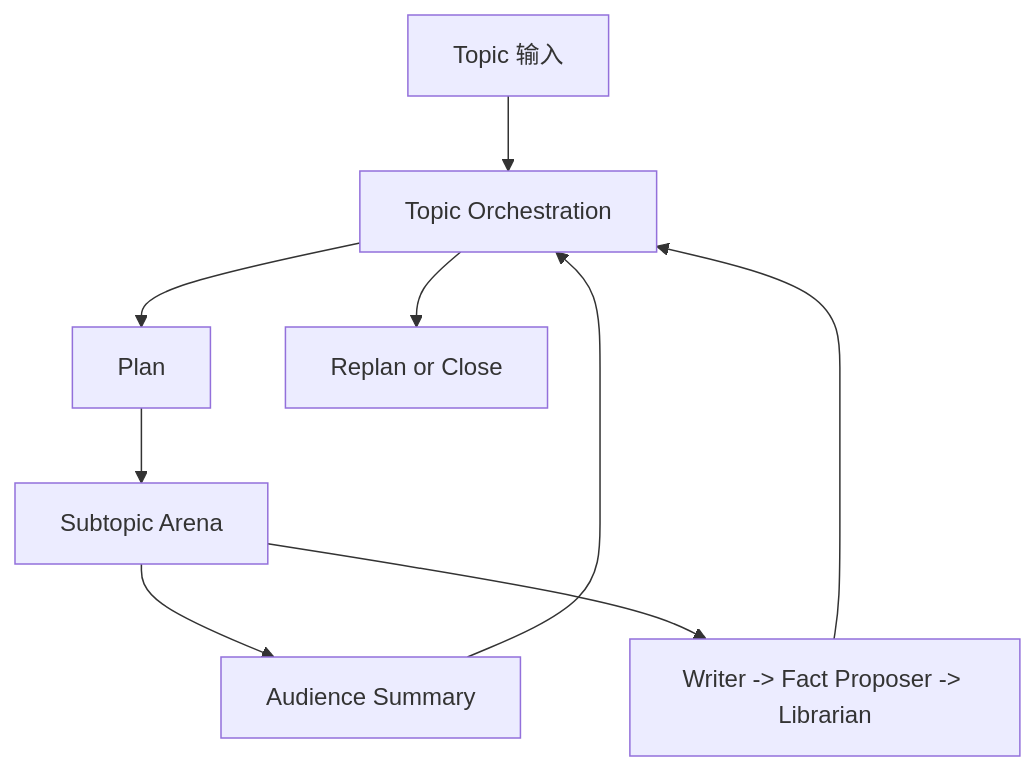
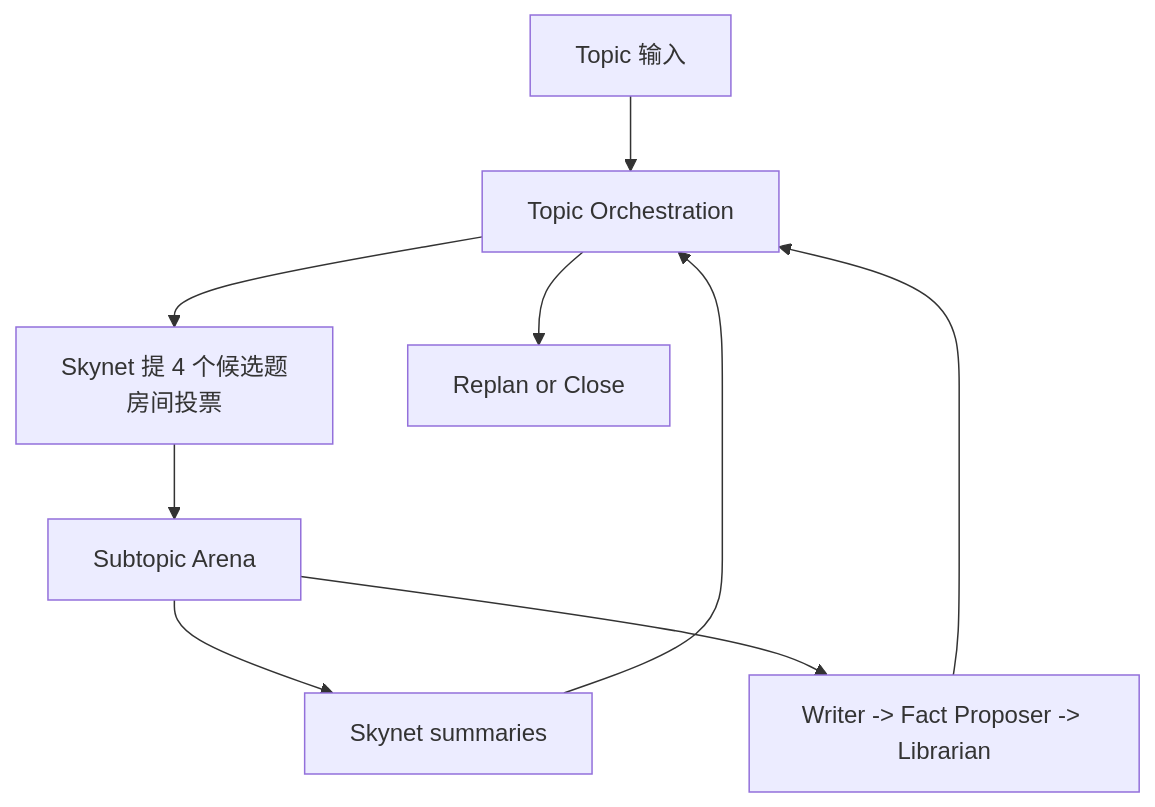
The first of 2 diagrams in README_CN.md (G-R-O-X/Grox_chat), drawn with Mermaid before and after one commit. The commit also changed other lines of this file and 16 other files, not shown here.

````diff
--- a/README_CN.md
+++ b/README_CN.md
@@ -33,11 +37,11 @@
 ```mermaid
 flowchart TD
     User[Topic 输入] --> TopicGraph[Topic Orchestration]
-    TopicGraph --> Plan[Plan]
-    Plan --> Arena[Subtopic Arena]
-    Arena --> Summary[Audience Summary]
+    TopicGraph --> Vote[Skynet 提 4 个候选题<br/>房间投票]
+    Vote --> Arena[Subtopic Arena]
+    Arena --> Summary[Skynet summaries]
     Arena --> Facts[Writer -> Fact Proposer -> Librarian]
     Summary --> TopicGraph
     Facts --> TopicGraph
     TopicGraph --> Close[Replan or Close]
 ```
````
